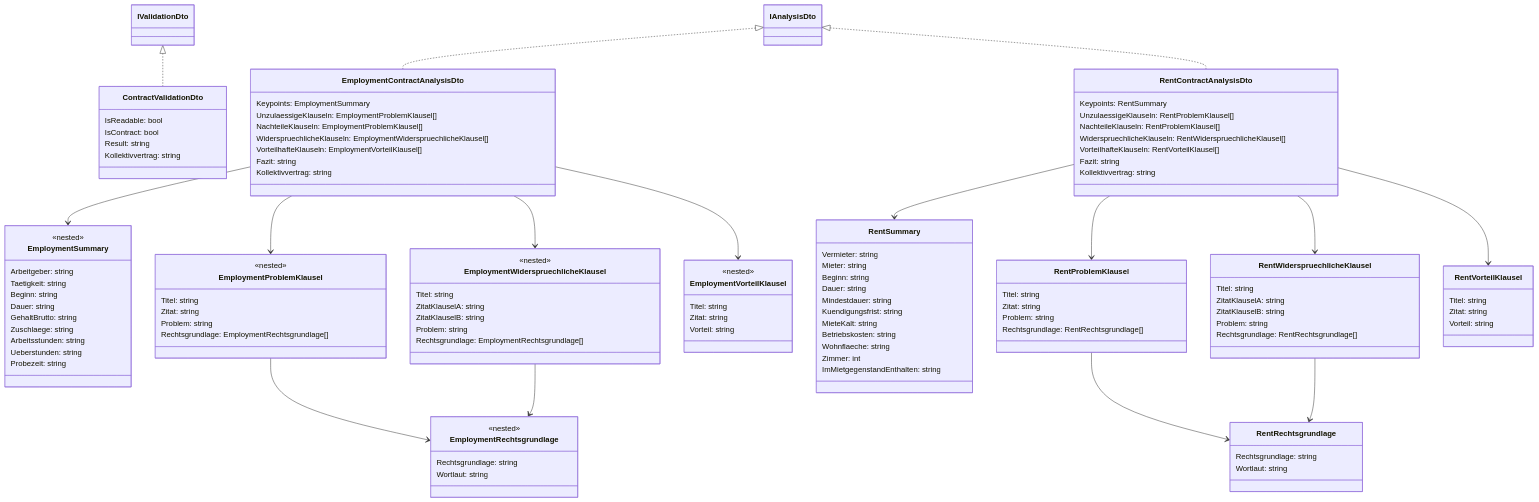
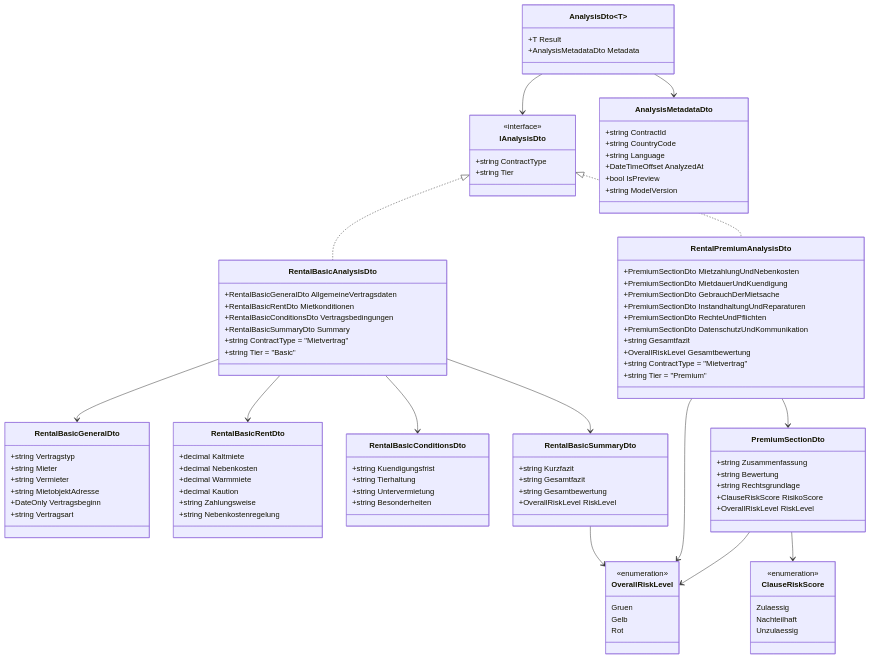
Before and after one commit to sebastian-305/PocketLawyer: the second of 9 diagrams in docs/Diagrams/diagrams.md, drawn with Mermaid. The commit also changed other lines of this file and 85 other files, not shown here.

Commit message:
Big rework. New Agent logic. New output design. Automatic rendering wich Schema-Styling information. SST.

````diff
--- a/docs/Diagrams/diagrams.md
+++ b/docs/Diagrams/diagrams.md
@@ -55,133 +56,112 @@
 ```mermaid
 classDiagram
-    class IValidationDto
-    class IAnalysisDto
-
-    class ContractValidationDto {
-        IsReadable: bool
-        IsContract: bool
-        Result: string
-        Kollektivvertrag: string
-    }
-    IValidationDto <|.. ContractValidationDto
-
-    class EmploymentContractAnalysisDto {
-        Keypoints: EmploymentSummary
-        UnzulaessigeKlauseln: EmploymentProblemKlausel[]
-        NachteileKlauseln: EmploymentProblemKlausel[]
-        WiderspruechlicheKlauseln: EmploymentWiderspruechlicheKlausel[]
-        VorteilhafteKlauseln: EmploymentVorteilKlausel[]
-        Fazit: string
-        Kollektivvertrag: string
+    class IAnalysisDto {
+        <<interface>>
+        +string ContractType
+        +string Tier
     }
 
-    class EmploymentSummary {
-        <<nested>>
-        Arbeitgeber: string
-        Taetigkeit: string
-        Beginn: string
-        Dauer: string
-        GehaltBrutto: string
-        Zuschlaege: string
-        Arbeitsstunden: string
-        Ueberstunden: string
-        Probezeit: string
+    class AnalysisDto~T~ {
+        +T Result
+        +AnalysisMetadataDto Metadata
     }
 
-    class EmploymentProblemKlausel {
-        <<nested>>
-        Titel: string
-        Zitat: string
-        Problem: string
-        Rechtsgrundlage: EmploymentRechtsgrundlage[]
+    class AnalysisMetadataDto {
+        +string ContractId
+        +string CountryCode
+        +string Language
+        +DateTimeOffset AnalyzedAt
+        +bool IsPreview
+        +string ModelVersion
     }
 
-    class EmploymentWiderspruechlicheKlausel {
-        <<nested>>
-        Titel: string
-        ZitatKlauselA: string
-        ZitatKlauselB: string
-        Problem: string
-        Rechtsgrundlage: EmploymentRechtsgrundlage[]
+    class RentalBasicAnalysisDto {
+        +RentalBasicGeneralDto AllgemeineVertragsdaten
+        +RentalBasicRentDto Mietkonditionen
+        +RentalBasicConditionsDto Vertragsbedingungen
+        +RentalBasicSummaryDto Summary
+        +string ContractType = "Mietvertrag"
+        +string Tier = "Basic"
     }
 
-    class EmploymentVorteilKlausel {
-        <<nested>>
-        Titel: string
-        Zitat: string
-        Vorteil: string
+    class RentalBasicGeneralDto {
+        +string Vertragstyp
+        +string Mieter
+        +string Vermieter
+        +string MietobjektAdresse
+        +DateOnly Vertragsbeginn
+        +string Vertragsart
     }
 
-    class EmploymentRechtsgrundlage {
-        <<nested>>
-        Rechtsgrundlage: string
-        Wortlaut: string
+    class RentalBasicRentDto {
+        +decimal Kaltmiete
+        +decimal Nebenkosten
+        +decimal Warmmiete
+        +decimal Kaution
+        +string Zahlungsweise
+        +string Nebenkostenregelung
     }
 
-    class RentContractAnalysisDto {
-        Keypoints: RentSummary
-        UnzulaessigeKlauseln: RentProblemKlausel[]
-        NachteileKlauseln: RentProblemKlausel[]
-        WiderspruechlicheKlauseln: RentWiderspruechlicheKlausel[]
-        VorteilhafteKlauseln: RentVorteilKlausel[]
-        Fazit: string
-        Kollektivvertrag: string
+    class RentalBasicConditionsDto {
+        +string Kuendigungsfrist
+        +string Tierhaltung
+        +string Untervermietung
+        +string Besonderheiten
     }
 
-    class RentSummary {
-        Vermieter: string
-        Mieter: string
-        Beginn: string
-        Dauer: string
-        Mindestdauer: string
-        Kuendigungsfrist: string
-        MieteKalt: string
-        Betriebskosten: string
-        Wohnflaeche: string
-        Zimmer: int
-        ImMietgegenstandEnthalten: string
+    class RentalBasicSummaryDto {
+        +string Kurzfazit
+        +string Gesamtfazit
+        +string Gesamtbewertung
+        +OverallRiskLevel RiskLevel
     }
 
-    class RentProblemKlausel {
-        Titel: string
-        Zitat: string
-        Problem: string
-        Rechtsgrundlage: RentRechtsgrundlage[]
+    class RentalPremiumAnalysisDto {
+        +PremiumSectionDto MietzahlungUndNebenkosten
+        +PremiumSectionDto MietdauerUndKuendigung
+        +PremiumSectionDto GebrauchDerMietsache
+        +PremiumSectionDto InstandhaltungUndReparaturen
+        +PremiumSectionDto RechteUndPflichten
+        +PremiumSectionDto DatenschutzUndKommunikation
+        +string Gesamtfazit
+        +OverallRiskLevel Gesamtbewertung
+        +string ContractType = "Mietvertrag"
+        +string Tier = "Premium"
     }
 
-    class RentWiderspruechlicheKlausel {
-        Titel: string
-        ZitatKlauselA: string
-        ZitatKlauselB: string
-        Problem: string
-        Rechtsgrundlage: RentRechtsgrundlage[]
+    class PremiumSectionDto {
+        +string Zusammenfassung
+        +string Bewertung
+        +string Rechtsgrundlage
+        +ClauseRiskScore RisikoScore
+        +OverallRiskLevel RiskLevel
     }
 
-    class RentVorteilKlausel {
-        Titel: string
-        Zitat: string
-        Vorteil: string
+    class ClauseRiskScore {
+        <<enumeration>>
+        Zulaessig
+        Nachteilhaft
+        Unzulaessig
     }
 
-    class RentRechtsgrundlage {
-        Rechtsgrundlage: string
-        Wortlaut: string
+    class OverallRiskLevel {
+        <<enumeration>>
+        Gruen
+        Gelb
+        Rot
     }
 
-    IAnalysisDto <|.. EmploymentContractAnalysisDto
-    IAnalysisDto <|.. RentContractAnalysisDto
-
-    EmploymentContractAnalysisDto --> EmploymentSummary
-    EmploymentContractAnalysisDto --> EmploymentProblemKlausel
-    EmploymentContractAnalysisDto --> EmploymentWiderspruechlicheKlausel
-    EmploymentContractAnalysisDto --> EmploymentVorteilKlausel
-    EmploymentProblemKlausel --> EmploymentRechtsgrundlage
-    EmploymentWiderspruechlicheKlausel --> EmploymentRechtsgrundlage
-
-    RentContractAnalysisDto --> RentSummary
-    RentContractAnalysisDto --> RentProblemKlausel
-    RentContractAnalysisDto --> RentWiderspruechlicheKlausel
-    RentContractAnalysisDto --> RentVorteilKlausel
-    RentProblemKlausel --> RentRechtsgrundlage
-    RentWiderspruechlicheKlausel --> RentRechtsgrundlage
+    IAnalysisDto <|.. RentalBasicAnalysisDto
+    IAnalysisDto <|.. RentalPremiumAnalysisDto
+    AnalysisDto~T~ --> IAnalysisDto
+    AnalysisDto~T~ --> AnalysisMetadataDto
+    RentalBasicAnalysisDto --> RentalBasicGeneralDto
+    RentalBasicAnalysisDto --> RentalBasicRentDto
+    RentalBasicAnalysisDto --> RentalBasicConditionsDto
+    RentalBasicAnalysisDto --> RentalBasicSummaryDto
+    RentalBasicSummaryDto --> OverallRiskLevel
+    RentalPremiumAnalysisDto --> PremiumSectionDto
+    RentalPremiumAnalysisDto --> OverallRiskLevel
+    PremiumSectionDto --> ClauseRiskScore
+    PremiumSectionDto --> OverallRiskLevel
 ```
````
